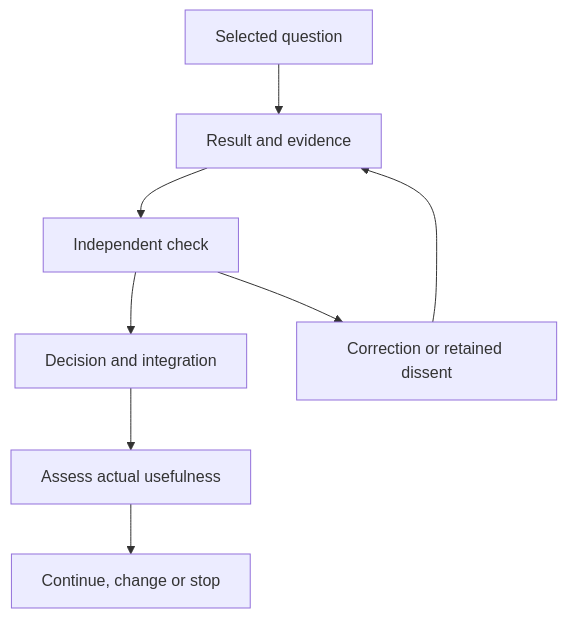
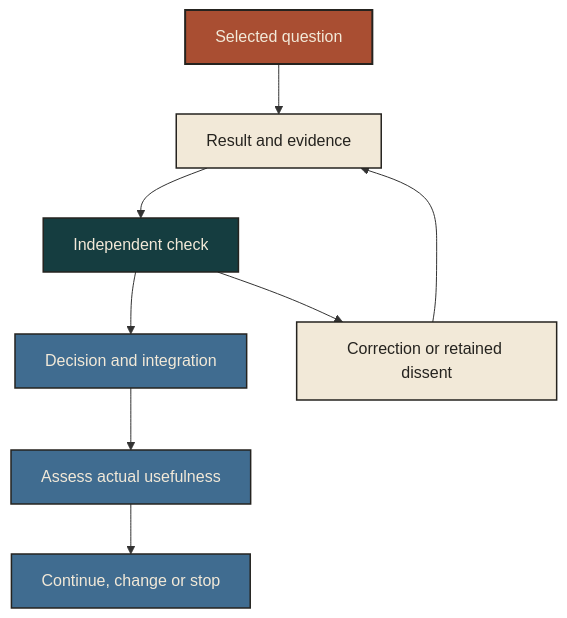
The diagram in README.md (universal-altruism/distributed-proof-of-contribution), drawn with Mermaid before and after one commit.

Commit message:
docs: coordinate contribution diagram colors

````diff
--- a/README.md
+++ b/README.md
@@ -15,10 +15,18 @@
 ```mermaid
 flowchart TD
     Q[Selected question] --> R[Result and evidence]
     R --> C[Independent check]
     C --> D[Decision and integration]
     D --> U[Assess actual usefulness]
     C --> X[Correction or retained dissent]
     X --> R
     U --> N[Continue, change or stop]
+    classDef question fill:#A94E32,stroke:#25231F,color:#F2E9D8,stroke-width:2px;
+    classDef record fill:#F2E9D8,stroke:#25231F,color:#25231F,stroke-width:1.5px;
+    classDef check fill:#153D40,stroke:#25231F,color:#F2E9D8,stroke-width:1.5px;
+    classDef decision fill:#406C90,stroke:#25231F,color:#F2E9D8,stroke-width:1.5px;
+    class Q question;
+    class R,X record;
+    class C check;
+    class D,U,N decision;
 ```
````
